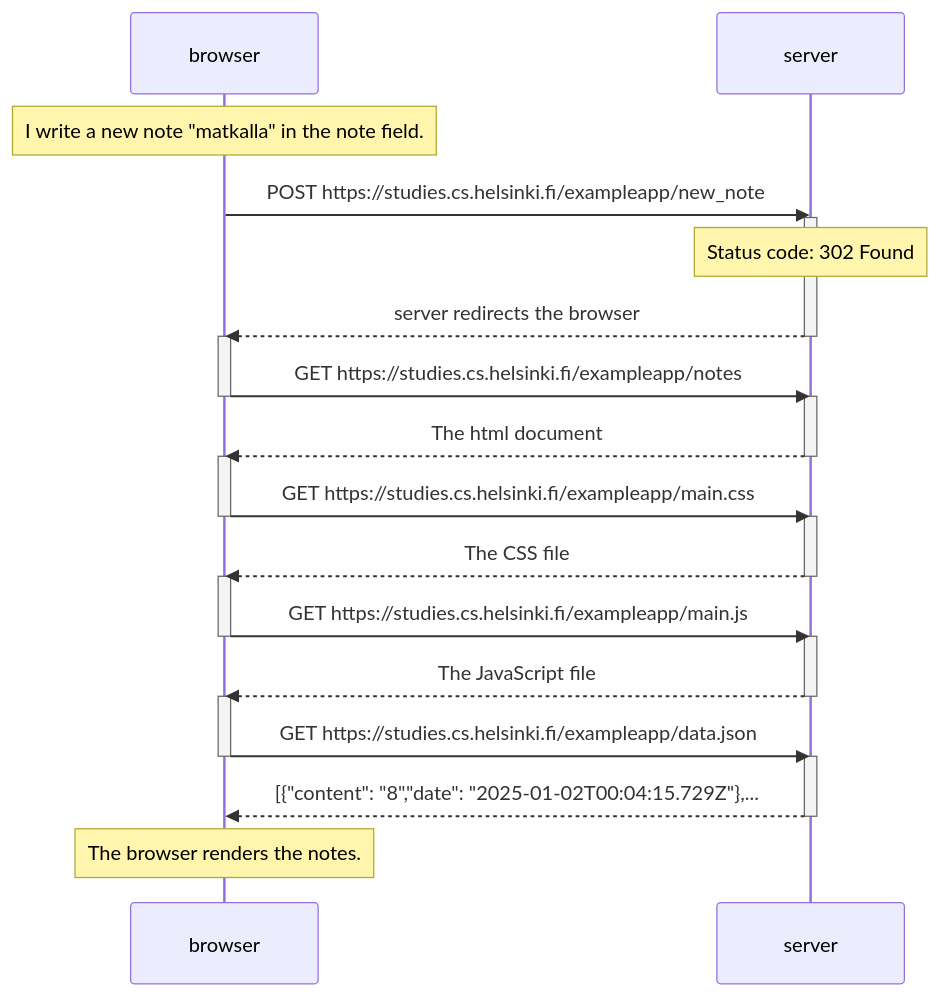
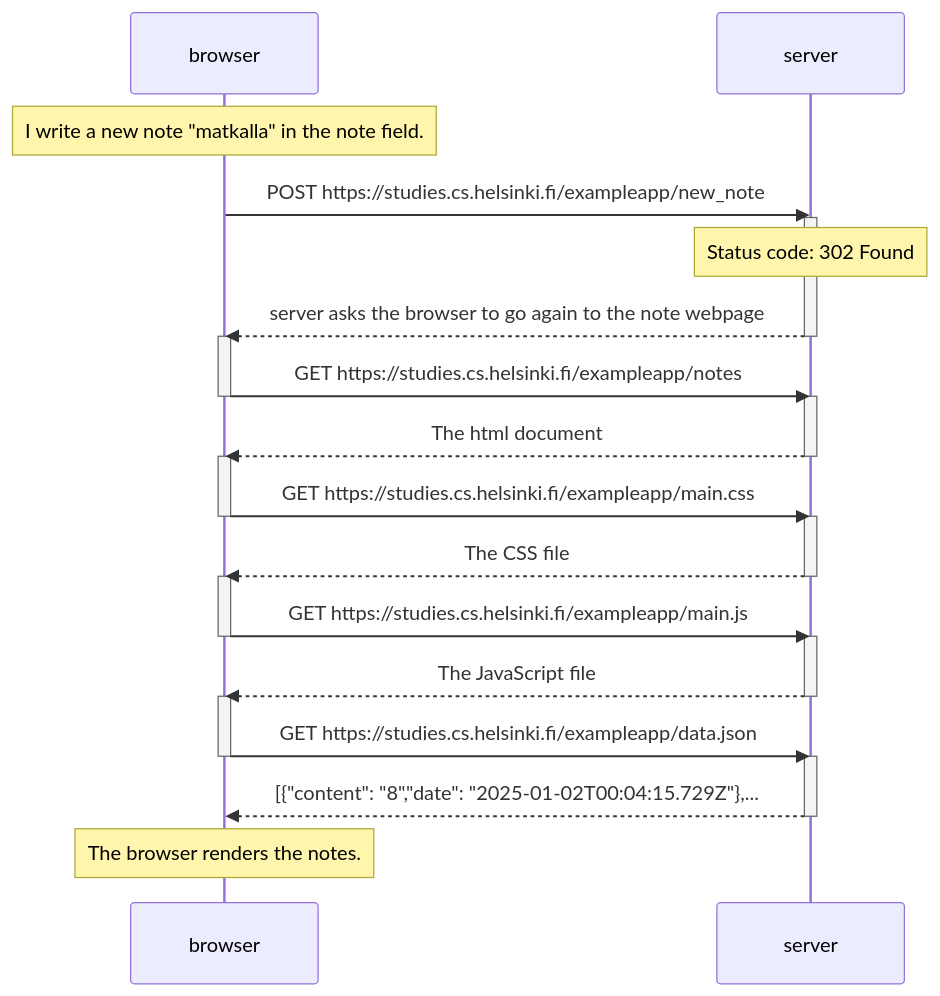
Before and after one commit to TegelVee/Fullstack_exerciserepo: the diagram in osa0/sequencechart.md, drawn with Mermaid.

````diff
--- a/osa0/sequencechart.md
+++ b/osa0/sequencechart.md
@@ -3,42 +3,42 @@
 ```mermaid
 sequenceDiagram
   participant browser
   participant server
   Note over browser: I write a new note "matkalla" in the note field.
   browser->>server: POST https://studies.cs.helsinki.fi/exampleapp/new_note
   activate server
   Note over server: Status code: 302 Found
-  server-->>browser: server redirects the browser
+  server-->>browser: server asks the browser to go again to the note webpage
   deactivate server
   
   activate browser
   browser->>server: GET https://studies.cs.helsinki.fi/exampleapp/notes
   deactivate browser
   activate server
   server-->>browser: The html document
   deactivate server
 
   activate browser
   browser->>server: GET https://studies.cs.helsinki.fi/exampleapp/main.css
   deactivate browser
   activate server
   server-->>browser: The CSS file
   deactivate server
 
   activate browser
   browser->>server: GET https://studies.cs.helsinki.fi/exampleapp/main.js
   deactivate browser
   activate server
   server-->>browser: The JavaScript file
   deactivate server
 
   activate browser
   browser->>server: GET https://studies.cs.helsinki.fi/exampleapp/data.json
   deactivate browser
   activate server
   server-->>browser: [{"content": "8","date": "2025-01-02T00:04:15.729Z"},...
   deactivate server
   activate browser
   Note over browser: The browser renders the notes.
 
 ```
````
